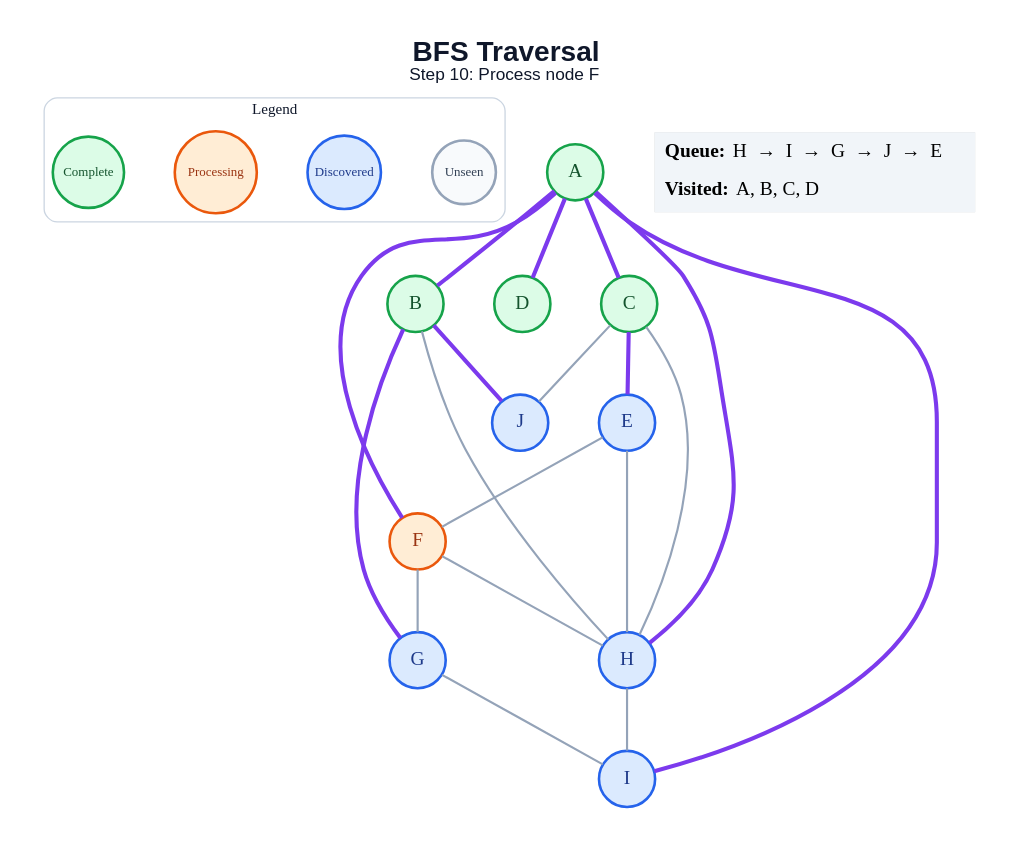
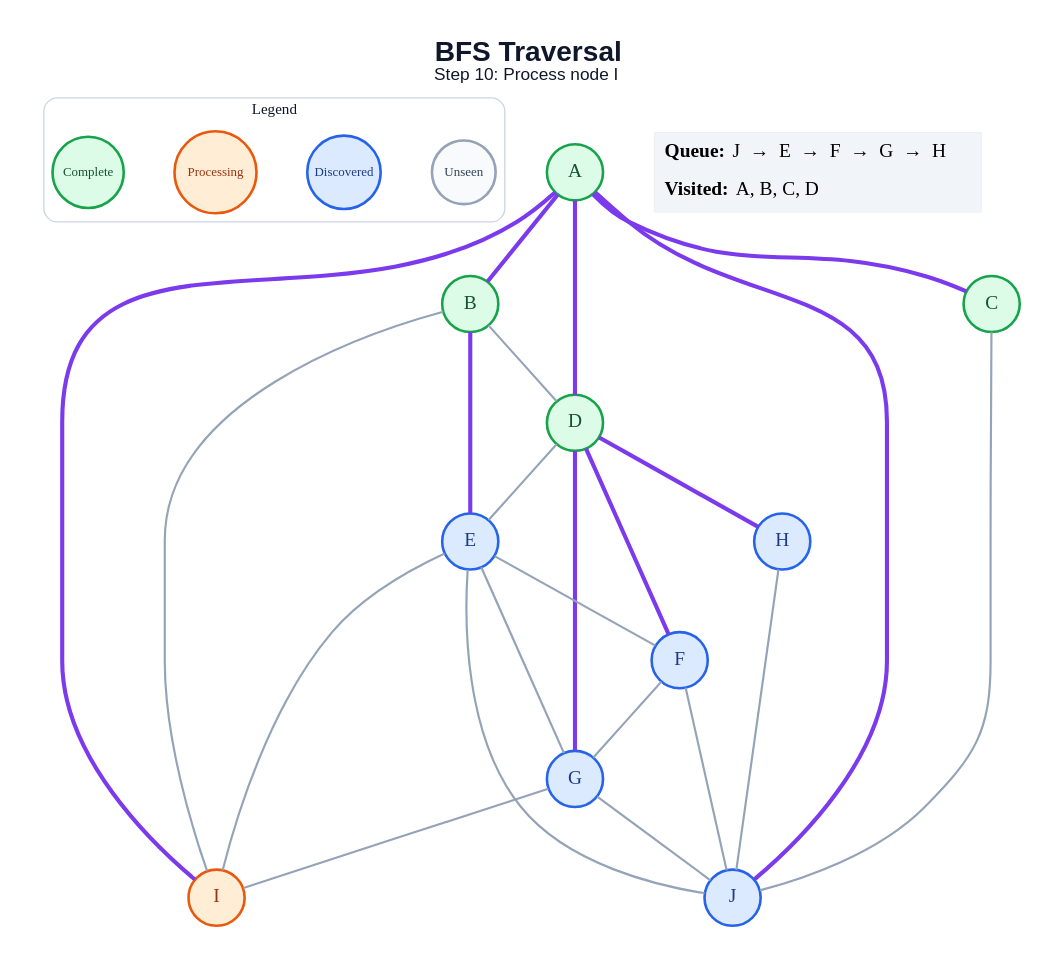
Before and after one commit to amanghodawala9/ai-slop: the diagram in generated/bfs/step_10.dot, drawn with Graphviz. The commit also changed 178 other files, not shown here.

```diff
--- a/generated/bfs/step_10.dot
+++ b/generated/bfs/step_10.dot
@@ -1,47 +1,51 @@
 graph traversal {
   graph [layout=dot, rankdir=TB, bgcolor="#FFFFFF", pad="0.35", nodesep="0.65", ranksep="0.8", fontname="Arial"];
   node [shape=circle, style="filled", fontname="Arial Bold", fontsize=18, width=0.72, fixedsize=true, penwidth=2.4];
   edge [color="#94A3B8", penwidth=2.0];
-  label=<<B>BFS Traversal</B><BR/><FONT POINT-SIZE="16">Step 10: Process node F</FONT>>; labelloc="t"; fontsize=26; fontname="Arial"; fontcolor="#0F172A";
+  label=<<B>BFS Traversal</B><BR/><FONT POINT-SIZE="16">Step 10: Process node I</FONT>>; labelloc="t"; fontsize=26; fontname="Arial"; fontcolor="#0F172A";
   subgraph cluster_legend { label="Legend"; color="#CBD5E1"; penwidth=1.2; style="rounded"; fontsize=14; fontname="Arial Bold";
     key_unseen [label="Unseen", fillcolor="#F8FAFC", color="#94A3B8", fontcolor="#334155", fontsize=12, width=0.82];
     key_frontier [label="Discovered", fillcolor="#DBEAFE", color="#2563EB", fontcolor="#1E3A8A", fontsize=12, width=0.95];
     key_current [label="Processing", fillcolor="#FFEDD5", color="#EA580C", fontcolor="#9A3412", fontsize=12, width=1.05];
     key_done [label="Complete", fillcolor="#DCFCE7", color="#16A34A", fontcolor="#14532D", fontsize=12, width=0.92];
     { rank=same; key_unseen; key_frontier; key_current; key_done; }
   }
   A [fillcolor="#DCFCE7", color="#16A34A", fontcolor="#14532D"];
   B [fillcolor="#DCFCE7", color="#16A34A", fontcolor="#14532D"];
   C [fillcolor="#DCFCE7", color="#16A34A", fontcolor="#14532D"];
   D [fillcolor="#DCFCE7", color="#16A34A", fontcolor="#14532D"];
   E [fillcolor="#DBEAFE", color="#2563EB", fontcolor="#1E3A8A"];
-  F [fillcolor="#FFEDD5", color="#EA580C", fontcolor="#9A3412"];
+  F [fillcolor="#DBEAFE", color="#2563EB", fontcolor="#1E3A8A"];
   G [fillcolor="#DBEAFE", color="#2563EB", fontcolor="#1E3A8A"];
   H [fillcolor="#DBEAFE", color="#2563EB", fontcolor="#1E3A8A"];
-  I [fillcolor="#DBEAFE", color="#2563EB", fontcolor="#1E3A8A"];
+  I [fillcolor="#FFEDD5", color="#EA580C", fontcolor="#9A3412"];
   J [fillcolor="#DBEAFE", color="#2563EB", fontcolor="#1E3A8A"];
   A -- B [color="#7C3AED", penwidth=3.8];
   A -- C [color="#7C3AED", penwidth=3.8];
   A -- D [color="#7C3AED", penwidth=3.8];
-  A -- F [color="#7C3AED", penwidth=3.8];
-  A -- H [color="#7C3AED", penwidth=3.8];
   A -- I [color="#7C3AED", penwidth=3.8];
-  B -- G [color="#7C3AED", penwidth=3.8];
-  B -- H;
-  B -- J [color="#7C3AED", penwidth=3.8];
-  C -- E [color="#7C3AED", penwidth=3.8];
-  C -- H;
+  A -- J [color="#7C3AED", penwidth=3.8];
+  B -- D;
+  B -- E [color="#7C3AED", penwidth=3.8];
+  B -- I;
   C -- J;
+  D -- E;
+  D -- F [color="#7C3AED", penwidth=3.8];
+  D -- G [color="#7C3AED", penwidth=3.8];
+  D -- H [color="#7C3AED", penwidth=3.8];
   E -- F;
-  E -- H;
+  E -- G;
+  E -- I;
+  E -- J;
   F -- G;
-  F -- H;
+  F -- J;
   G -- I;
-  H -- I;
+  G -- J;
+  H -- J;
   status [shape=plain, fixedsize=false, width=0, height=0, margin=0, label=<
     <TABLE BORDER="0" CELLBORDER="0" CELLPADDING="7" BGCOLOR="#F1F5F9">
-      <TR><TD ALIGN="LEFT"><B>Queue:</B> H  →  I  →  G  →  J  →  E</TD></TR>
+      <TR><TD ALIGN="LEFT"><B>Queue:</B> J  →  E  →  F  →  G  →  H</TD></TR>
       <TR><TD ALIGN="LEFT"><B>Visited:</B> A, B, C, D</TD></TR>
     </TABLE>
   >];
 }
```
